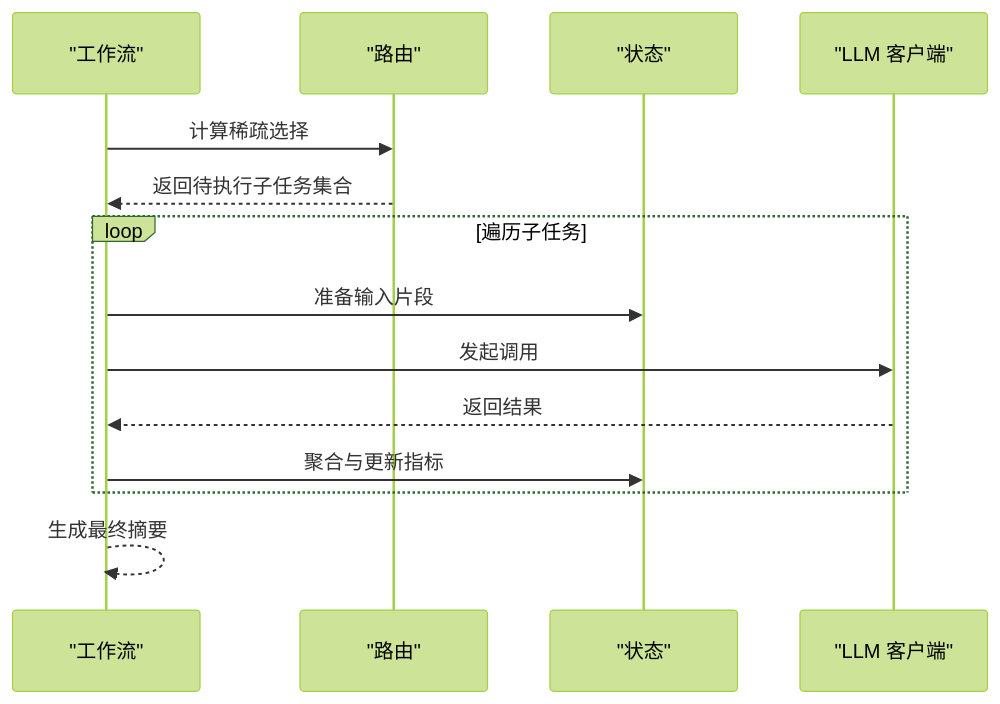
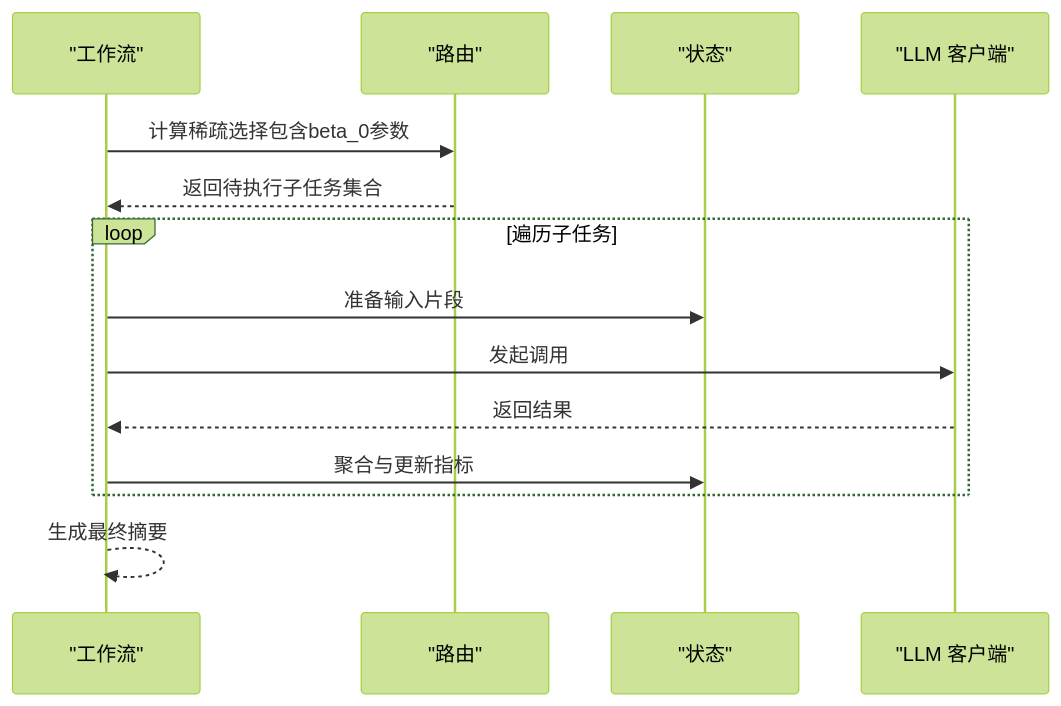
The fourth of 5 diagrams in .qoder/repowiki/zh/content/核心架构/实验框架/实验框架.md (QuStarry/VIB-SparseCommunication), drawn with Mermaid (forest theme) before and after one commit. The commit also changed other lines of this file and 32 other files, not shown here.

````diff
--- a/.qoder/repowiki/zh/content/核心架构/实验框架/实验框架.md
+++ b/.qoder/repowiki/zh/content/核心架构/实验框架/实验框架.md
@@ -225,16 +228,16 @@
 ```mermaid
 sequenceDiagram
 participant WF as "工作流"
 participant R as "路由"
 participant S as "状态"
 participant C as "LLM 客户端"
-WF->>R : 计算稀疏选择
+WF->>R : 计算稀疏选择包含beta_0参数
 R-->>WF : 返回待执行子任务集合
 loop 遍历子任务
 WF->>S : 准备输入片段
 WF->>C : 发起调用
 C-->>WF : 返回结果
 WF->>S : 聚合与更新指标
 end
 WF-->>WF : 生成最终摘要
 ```
````
